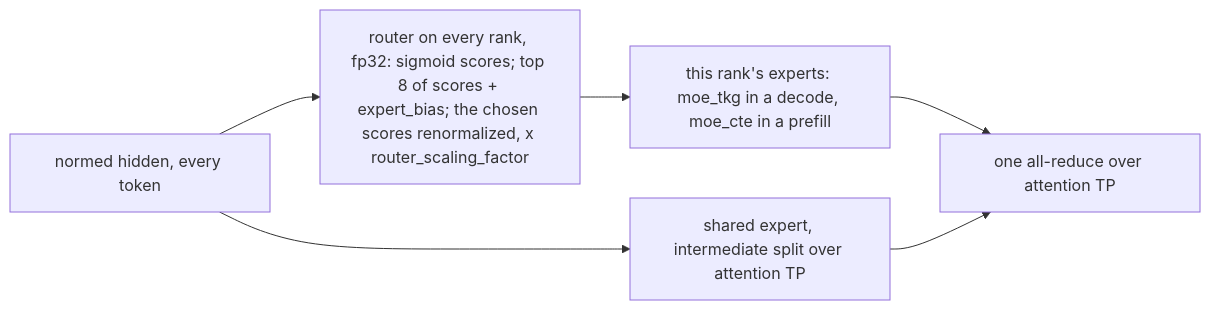
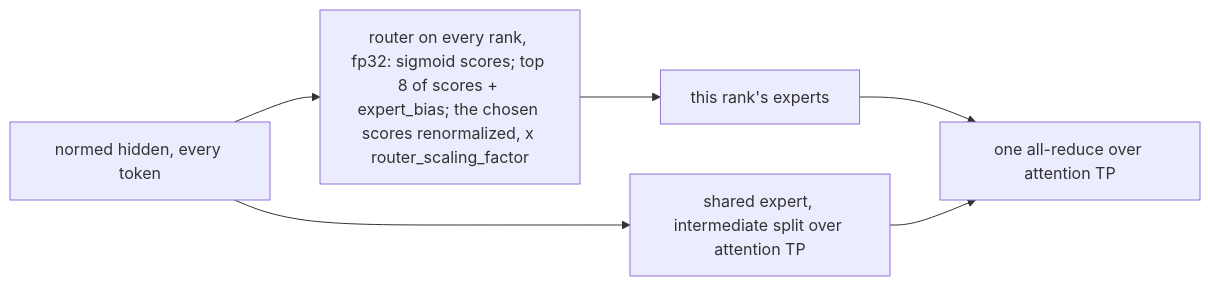
Before and after one commit to sgl-project/sglang-neuron: the diagram in docs/model-recipes/hy3.md, drawn with Mermaid. The commit also changed other lines of this file and 1 other file, not shown here.

Commit message:
docs: Hy3 recipe as served and measured (FP8 experts and KV, DCP, sparse decode, MTP, PD)

````diff
--- a/docs/model-recipes/hy3.md
+++ b/docs/model-recipes/hy3.md
@@ -24,8 +25,8 @@
 ```mermaid
 flowchart LR
   h["normed hidden, every token"] --> r["router on every rank, fp32: sigmoid scores; top 8 of scores + expert_bias; the chosen scores renormalized, x router_scaling_factor"]
-  r --> e["this rank's experts: moe_tkg in a decode, moe_cte in a prefill"]
+  r --> e["this rank's experts"]
   h --> s["shared expert, intermediate split over attention TP"]
   e --> ar["one all-reduce over attention TP"]
   s --> ar
 ```
````
